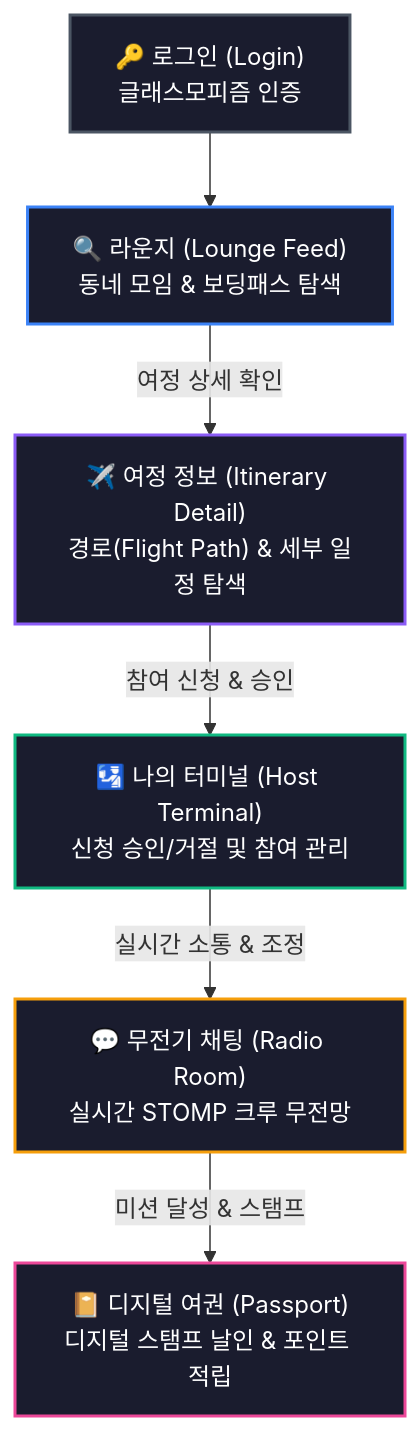
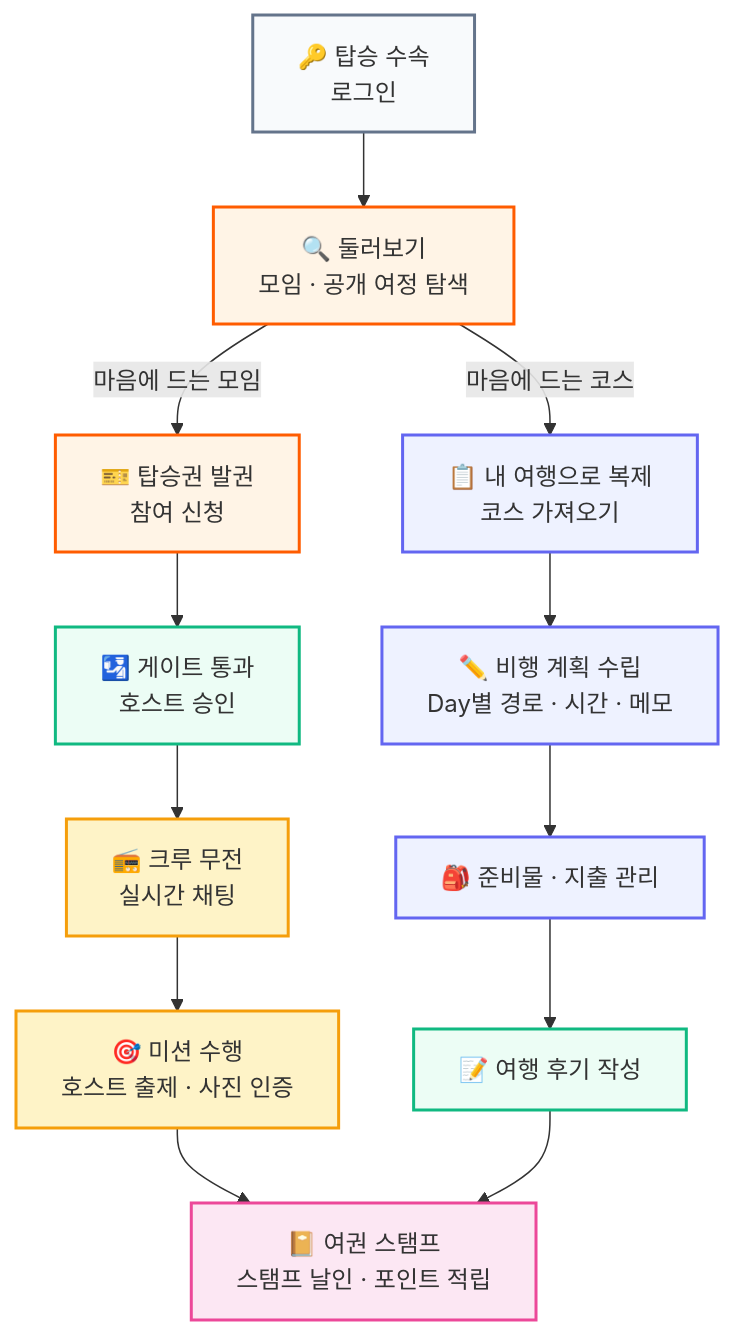
Before and after one commit to juhee77/TripGather: the second of 2 diagrams in README.md, drawn with Mermaid. The commit also changed other lines of this file and 3 other files, not shown here.

First line of the commit message:
docs: README 재작성 및 UX 워크플로우 분석 문서 추가

````diff
--- a/README.md
+++ b/README.md
@@ -81,15 +59,30 @@
 ```mermaid
 graph TD
-    A["🔑 로그인 (Login)<br>글래스모피즘 인증"] --> B["🔍 라운지 (Lounge Feed)<br>동네 모임 & 보딩패스 탐색"]
-    B -->|여정 상세 확인| C["✈️ 여정 정보 (Itinerary Detail)<br>경로(Flight Path) & 세부 일정 탐색"]
-    C -->|참여 신청 & 승인| D["🛂 나의 터미널 (Host Terminal)<br>신청 승인/거절 및 참여 관리"]
-    D -->|실시간 소통 & 조정| E["💬 무전기 채팅 (Radio Room)<br>실시간 STOMP 크루 무전망"]
-    E -->|미션 달성 & 스탬프| F["📔 디지털 여권 (Passport)<br>디지털 스탬프 날인 & 포인트 적립"]
-    
-    style A fill:#1a1c2e,stroke:#4b5563,stroke-width:2px,color:#fff
-    style B fill:#1a1c2e,stroke:#3b82f6,stroke-width:2px,color:#fff
-    style C fill:#1a1c2e,stroke:#8b5cf6,stroke-width:2px,color:#fff
-    style D fill:#1a1c2e,stroke:#10b981,stroke-width:2px,color:#fff
-    style E fill:#1a1c2e,stroke:#f59e0b,stroke-width:2px,color:#fff
-    style F fill:#1a1c2e,stroke:#ec4899,stroke-width:2px,color:#fff
+    A["🔑 탑승 수속<br/>로그인"] --> B["🔍 둘러보기<br/>모임 · 공개 여정 탐색"]
+
+    B -->|마음에 드는 모임| C["🎫 탑승권 발권<br/>참여 신청"]
+    B -->|마음에 드는 코스| D["📋 내 여행으로 복제<br/>코스 가져오기"]
+
+    C --> E["🛂 게이트 통과<br/>호스트 승인"]
+    E --> F["📻 크루 무전<br/>실시간 채팅"]
+    F --> G["🎯 미션 수행<br/>호스트 출제 · 사진 인증"]
+
+    D --> H["✏️ 비행 계획 수립<br/>Day별 경로 · 시간 · 메모"]
+    H --> I["🎒 준비물 · 지출 관리"]
+
+    G --> J["📔 여권 스탬프<br/>스탬프 날인 · 포인트 적립"]
+    I --> K["📝 여행 후기 작성"]
+    K --> J
+
+    style A fill:#F8FAFC,stroke:#64748B,stroke-width:2px
+    style B fill:#FFF4E6,stroke:#FF5C00,stroke-width:2px
+    style C fill:#FFF4E6,stroke:#FF5C00,stroke-width:2px
+    style E fill:#ECFDF5,stroke:#10B981,stroke-width:2px
+    style F fill:#FEF3C7,stroke:#F59E0B,stroke-width:2px
+    style G fill:#FEF3C7,stroke:#F59E0B,stroke-width:2px
+    style D fill:#EEF2FF,stroke:#6366F1,stroke-width:2px
+    style H fill:#EEF2FF,stroke:#6366F1,stroke-width:2px
+    style I fill:#EEF2FF,stroke:#6366F1,stroke-width:2px
+    style J fill:#FCE7F3,stroke:#EC4899,stroke-width:2px
+    style K fill:#ECFDF5,stroke:#10B981,stroke-width:2px
 ```
````
